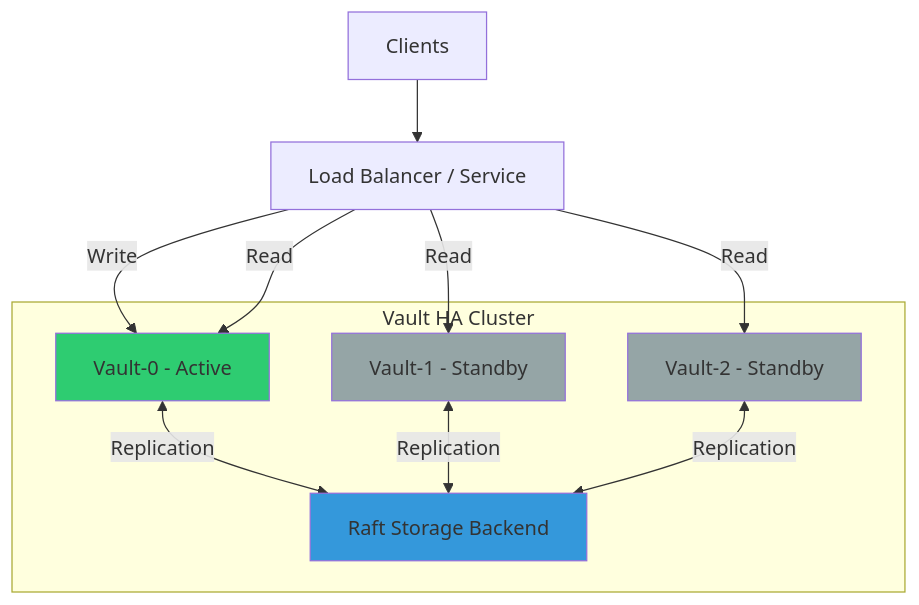
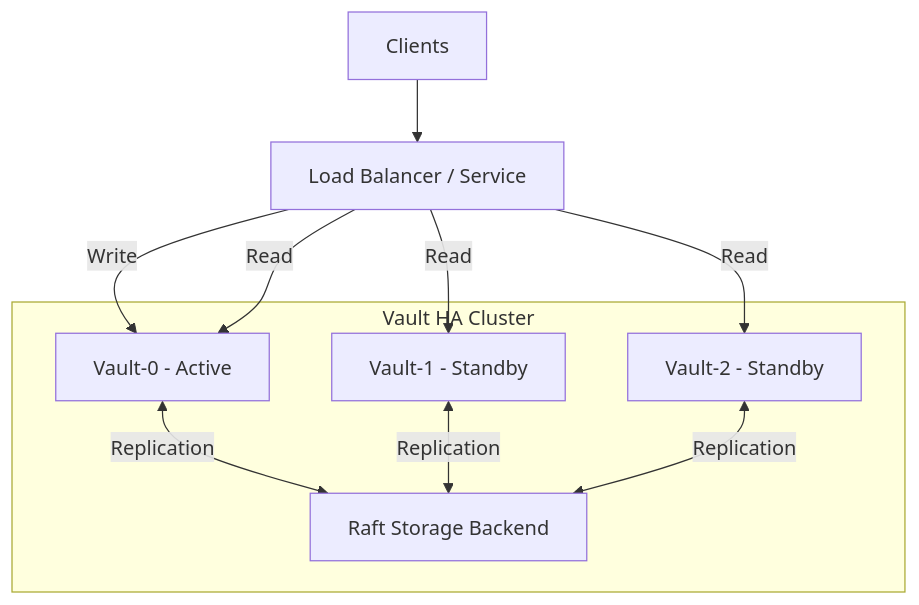
Before and after one commit to juwon8891/juwon8891.github.io: the second of 4 diagrams in docs/cicd/week8-vault-production.md, drawn with Mermaid. The commit also changed other lines of this file and 18 other files, not shown here.

Commit message:
Remove bright colors from Mermaid diagrams for dark mode compatibility

````diff
--- a/docs/cicd/week8-vault-production.md
+++ b/docs/cicd/week8-vault-production.md
@@ -604,28 +604,24 @@
 ```mermaid
 graph TB
     subgraph "Vault HA Cluster"
         VAULT0[Vault-0 - Active]
         VAULT1[Vault-1 - Standby]
         VAULT2[Vault-2 - Standby]
 
         RAFT[Raft Storage Backend]
 
         VAULT0 <-->|Replication| RAFT
         VAULT1 <-->|Replication| RAFT
         VAULT2 <-->|Replication| RAFT
     end
 
     LB[Load Balancer / Service]
     CLIENT[Clients]
 
     CLIENT --> LB
     LB -->|Write| VAULT0
     LB -->|Read| VAULT0
     LB -->|Read| VAULT1
     LB -->|Read| VAULT2
 
-    style VAULT0 fill:#2ecc71
-    style VAULT1 fill:#95a5a6
-    style VAULT2 fill:#95a5a6
-    style RAFT fill:#3498db
 ```
````
